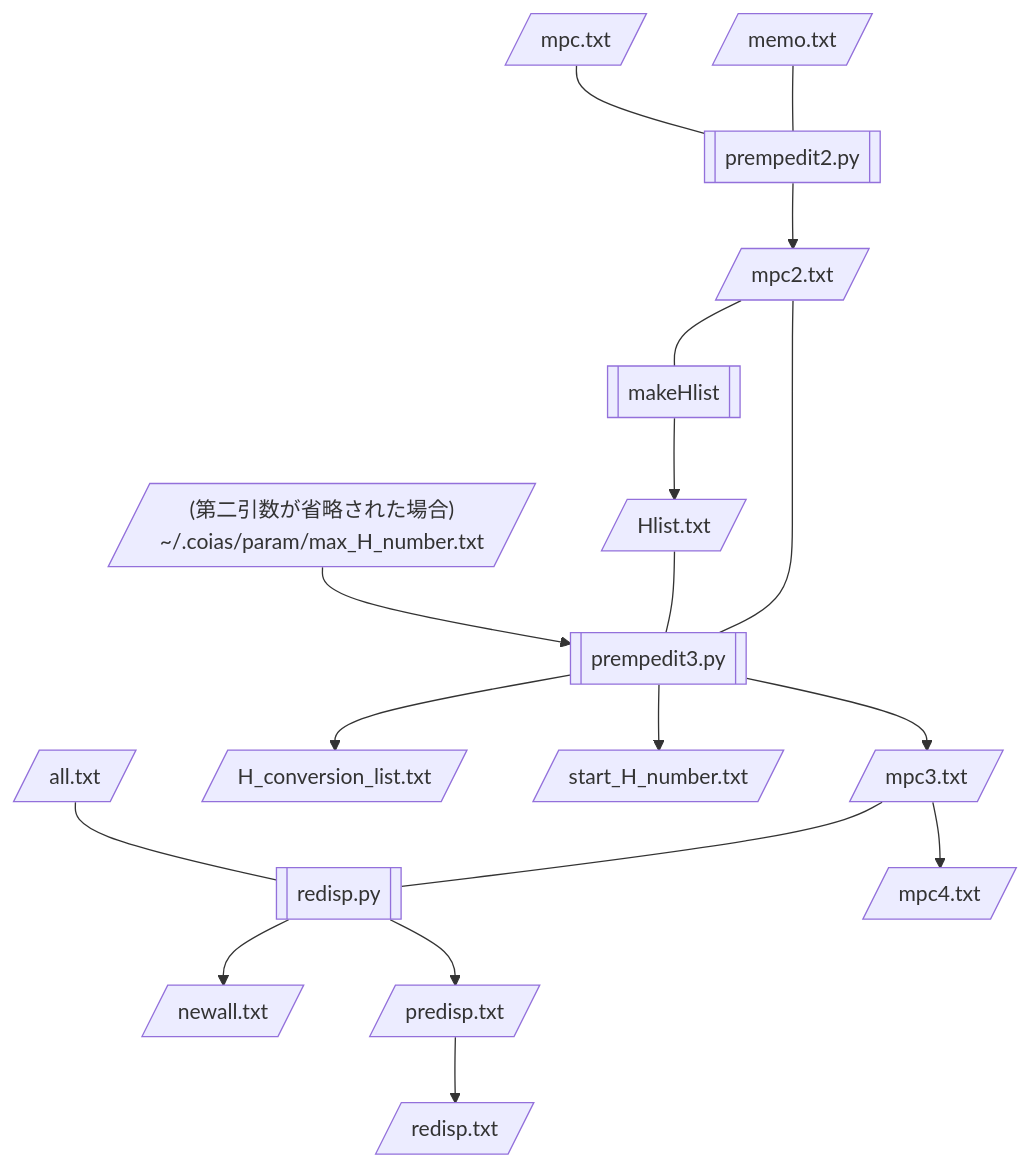
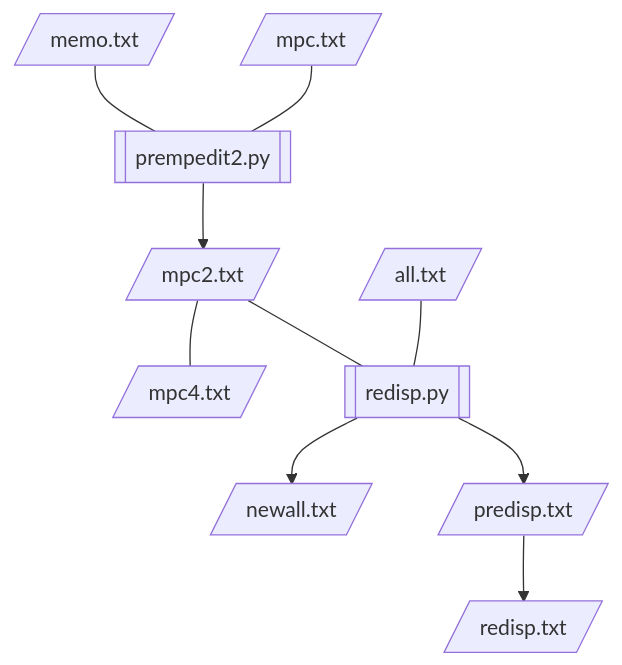
Before and after one commit to COIAS-program/COIAS_program_github: the diagram in flowcharts/flowchart5-AstsearchR_between_COIAS_and_ReCOIAS.md, drawn with Mermaid. The commit also changed 4 other files, not shown here.

Commit message:
src6: 番号付け替えの機能のみに使われていた makeHlist と prempedit3.py は不必要

```````diff
--- a/flowcharts/flowchart5-AstsearchR_between_COIAS_and_ReCOIAS.md
+++ b/flowcharts/flowchart5-AstsearchR_between_COIAS_and_ReCOIAS.md
@@ -3,20 +3,12 @@
 ```mermaid
 flowchart TD
     A[/memo.txt/] --- B[[prempedit2.py]]
     C[/mpc.txt/] --- B
     B --> D[/mpc2.txt/]
-    D --- E[[makeHlist]]
-    E --> F[/Hlist.txt/]
-    D --- G[[prempedit3.py]]
-    F --- G
-	T[/"(第二引数が省略された場合)<br>~/.coias/param/max_H_number.txt"/] --> G
-    G --> H[/mpc3.txt/]
-    G --> I[/H_conversion_list.txt/]
-    G --> U[/start_H_number.txt/]
-    H --- J[[redisp.py]]
-    H --> K[/mpc4.txt/]
+    D --- K[/mpc4.txt/]
+    D --- J[[redisp.py]]
     L[/all.txt/] --- J
     J --> M[/newall.txt/]
     J --> N[/predisp.txt/]
     N --> O[/redisp.txt/]
 ``````
```````
